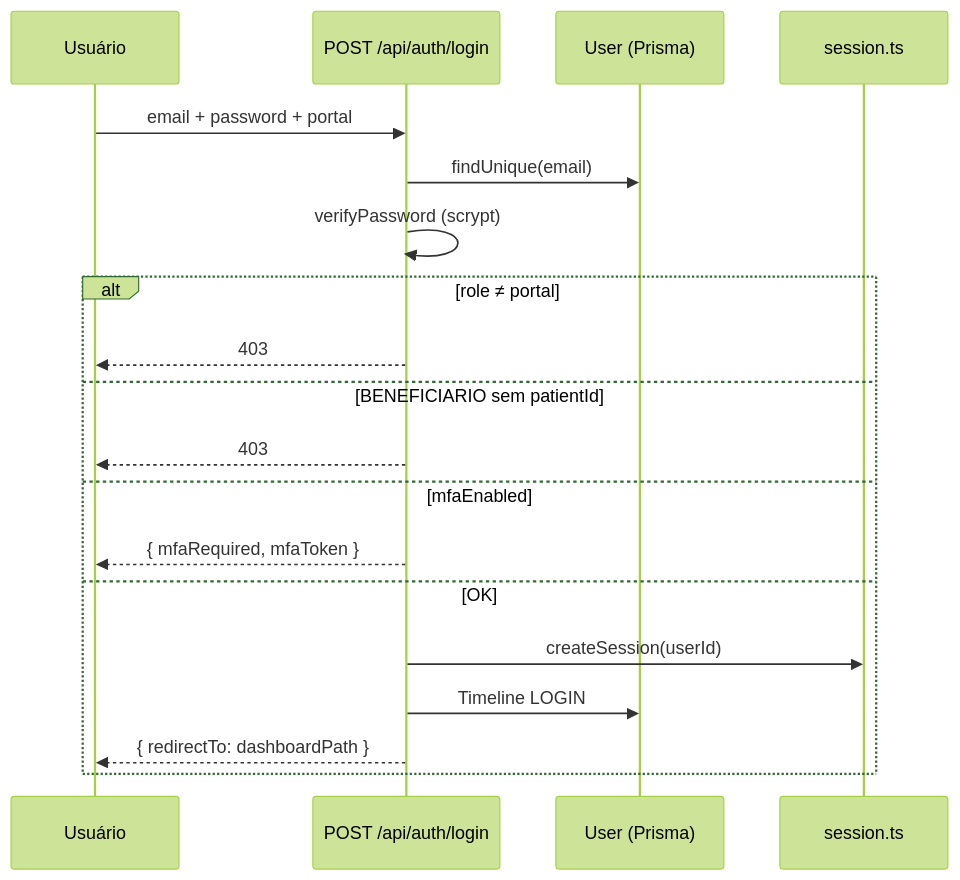
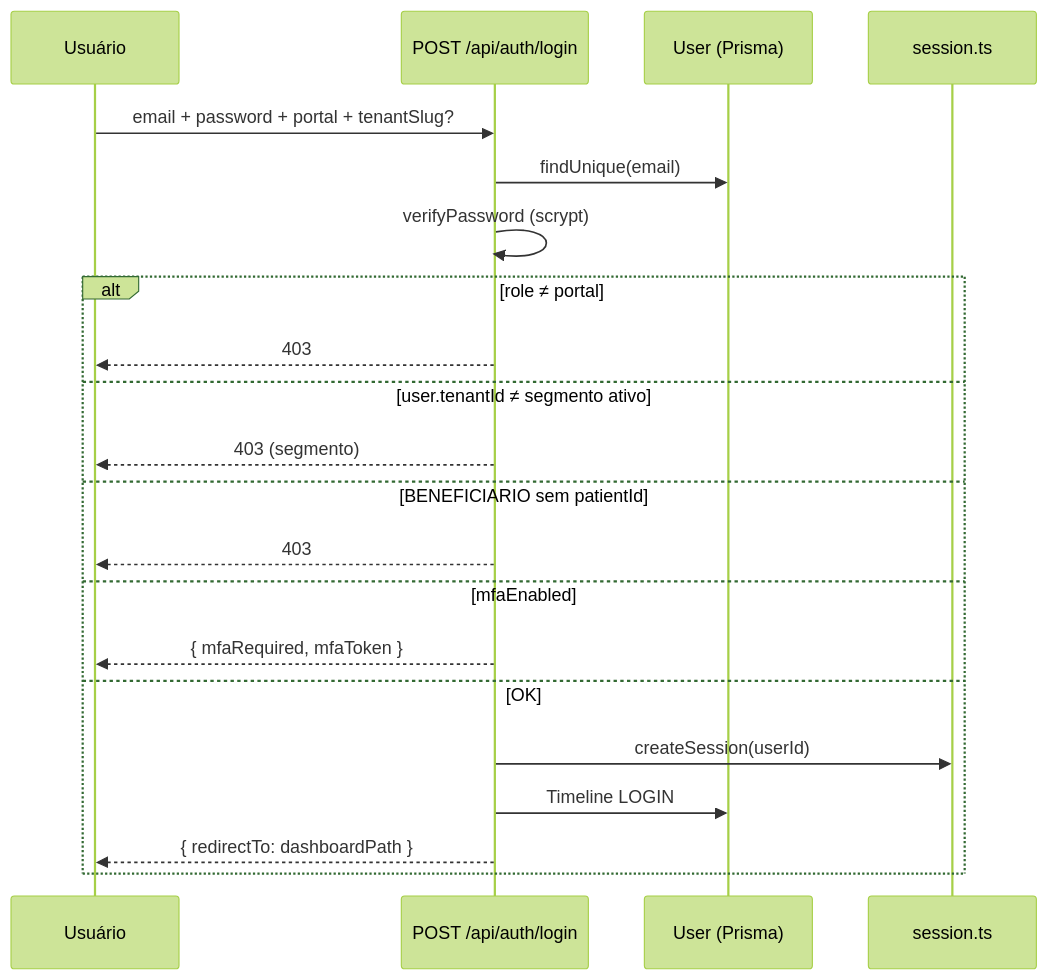
Before and after one commit to Piulres/sistema-bibi: the third of 10 diagrams in docs/produto/FLUXOS.md, drawn with Mermaid (forest theme). The commit also changed other lines of this file and 13 other files, not shown here.

````diff
--- a/docs/produto/FLUXOS.md
+++ b/docs/produto/FLUXOS.md
@@ -145,22 +155,24 @@
 ```mermaid
 sequenceDiagram
   participant U as Usuário
   participant API as POST /api/auth/login
   participant DB as User (Prisma)
   participant S as session.ts
 
-  U->>API: email + password + portal
+  U->>API: email + password + portal + tenantSlug?
   API->>DB: findUnique(email)
   API->>API: verifyPassword (scrypt)
   alt role ≠ portal
     API-->>U: 403
+  else user.tenantId ≠ segmento ativo
+    API-->>U: 403 (segmento)
   else BENEFICIARIO sem patientId
     API-->>U: 403
   else mfaEnabled
     API-->>U: { mfaRequired, mfaToken }
   else OK
     API->>S: createSession(userId)
     API->>DB: Timeline LOGIN
     API-->>U: { redirectTo: dashboardPath }
   end
 ```
````
